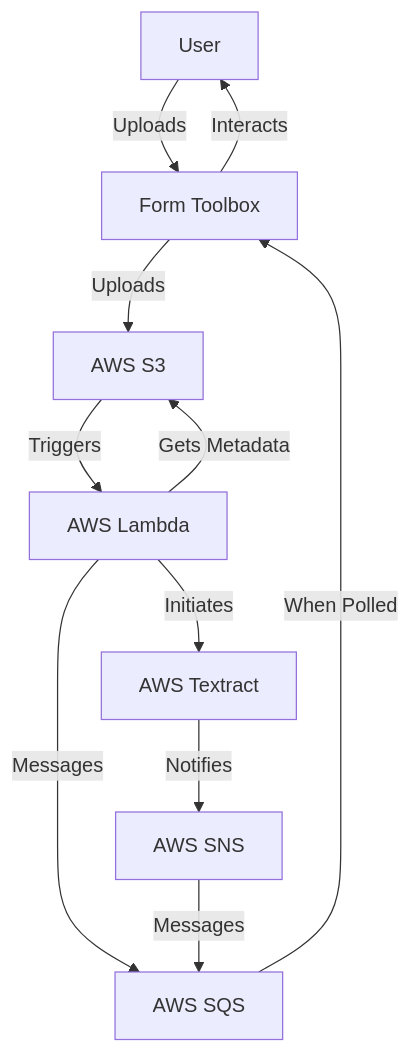
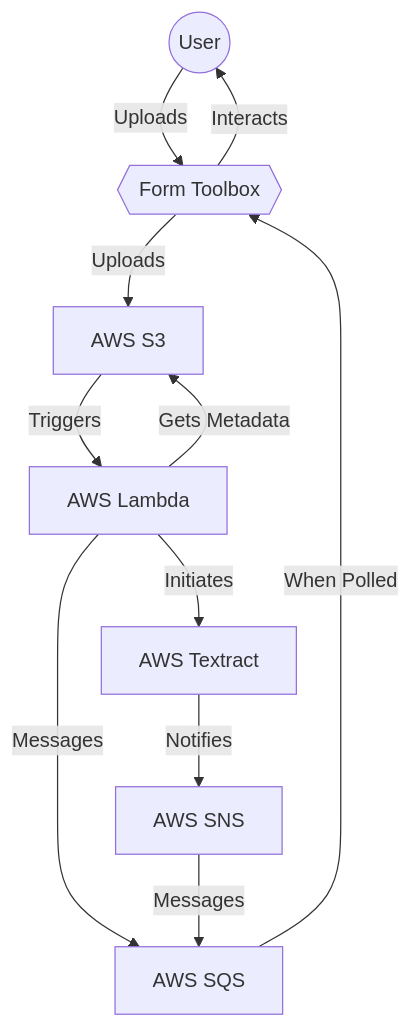
Before and after one commit to rob-mosher/form-toolbox-app: the second of 3 diagrams in README.md, drawn with Mermaid. The commit also changed other lines of this file, not shown here.

Commit message:
Add application architecture and further details

````diff
--- a/README.md
+++ b/README.md
@@ -69,13 +93,13 @@
 ```mermaid
 graph TD;
-    User --"Uploads"--> FormToolbox["Form Toolbox"];
+    User(("User")) --"Uploads"--> FormToolbox{{"Form Toolbox"}};
     FormToolbox --"Interacts"--> User
     FormToolbox --"Uploads"--> AWS_S3["AWS S3"];
     AWS_S3 --"Triggers"--> AWS_Lambda["AWS Lambda"];
     AWS_Lambda --"Gets Metadata"--> AWS_S3;
     AWS_Lambda--"Messages"--> AWS_SQS;
     AWS_Lambda --"Initiates"--> AWS_Textract["AWS Textract"];
     AWS_Textract --"Notifies"--> AWS_SNS["AWS SNS"];
     AWS_SNS --"Messages"--> AWS_SQS["AWS SQS"];
     AWS_SQS --"When Polled"--> FormToolbox;
 ```
````
